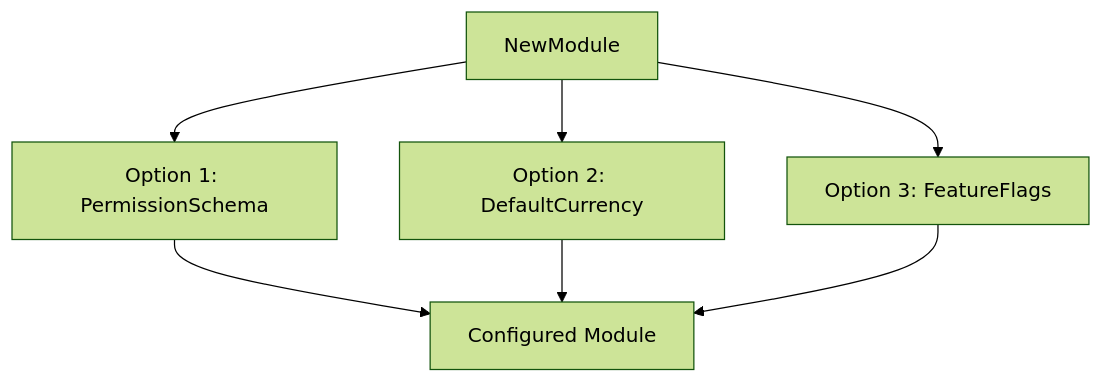
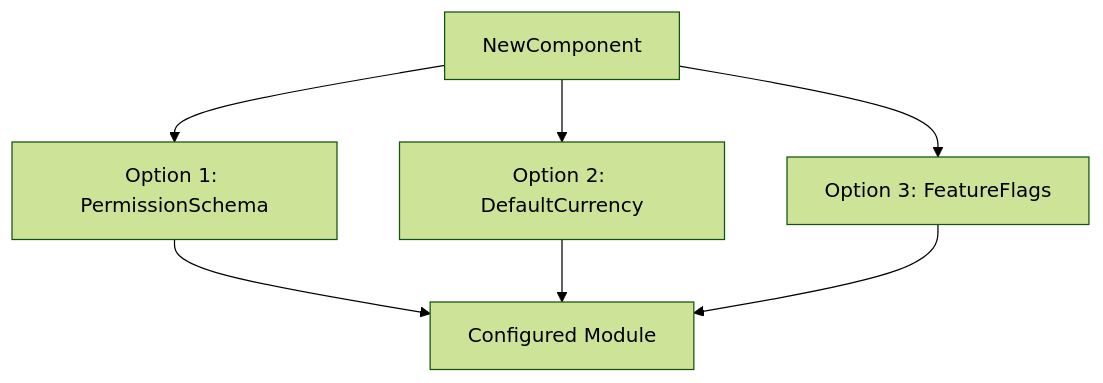
One commit to iota-uz/iota-sdk changed diagram 12 of 13 in docs/content/architecture/module-system.mdx. Above: the diagram before and after it, drawn with Mermaid (forest theme). The commit also changed other lines of this file and 14 other files, not shown here.

````diff
--- a/docs/content/architecture/module-system.mdx
+++ b/docs/content/architecture/module-system.mdx
@@ -263,10 +275,10 @@
 ```mermaid
 graph TD
-    A[NewModule] --> B[Option 1: PermissionSchema]
+    A[NewComponent] --> B[Option 1: PermissionSchema]
     A --> C[Option 2: DefaultCurrency]
     A --> D[Option 3: FeatureFlags]
     
     B --> E[Configured Module]
     C --> E
     D --> E
 ```
````
